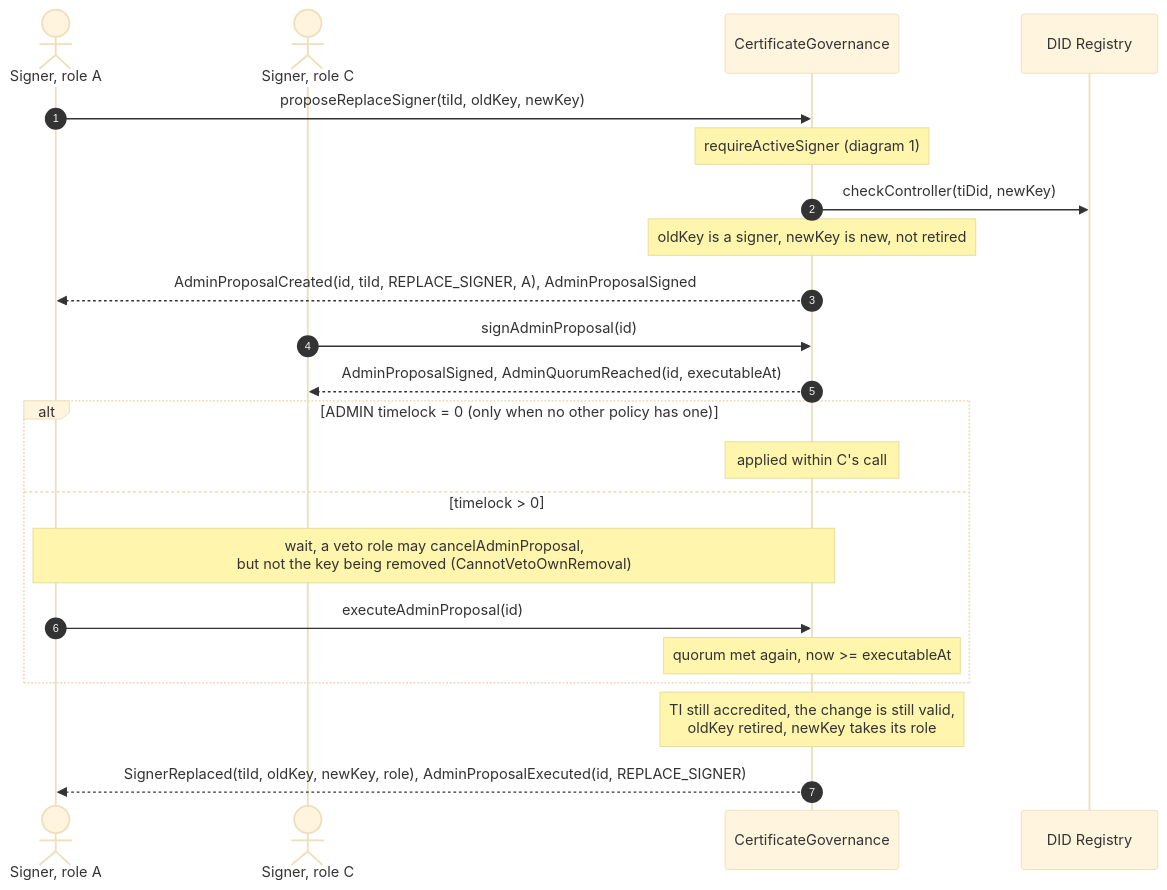
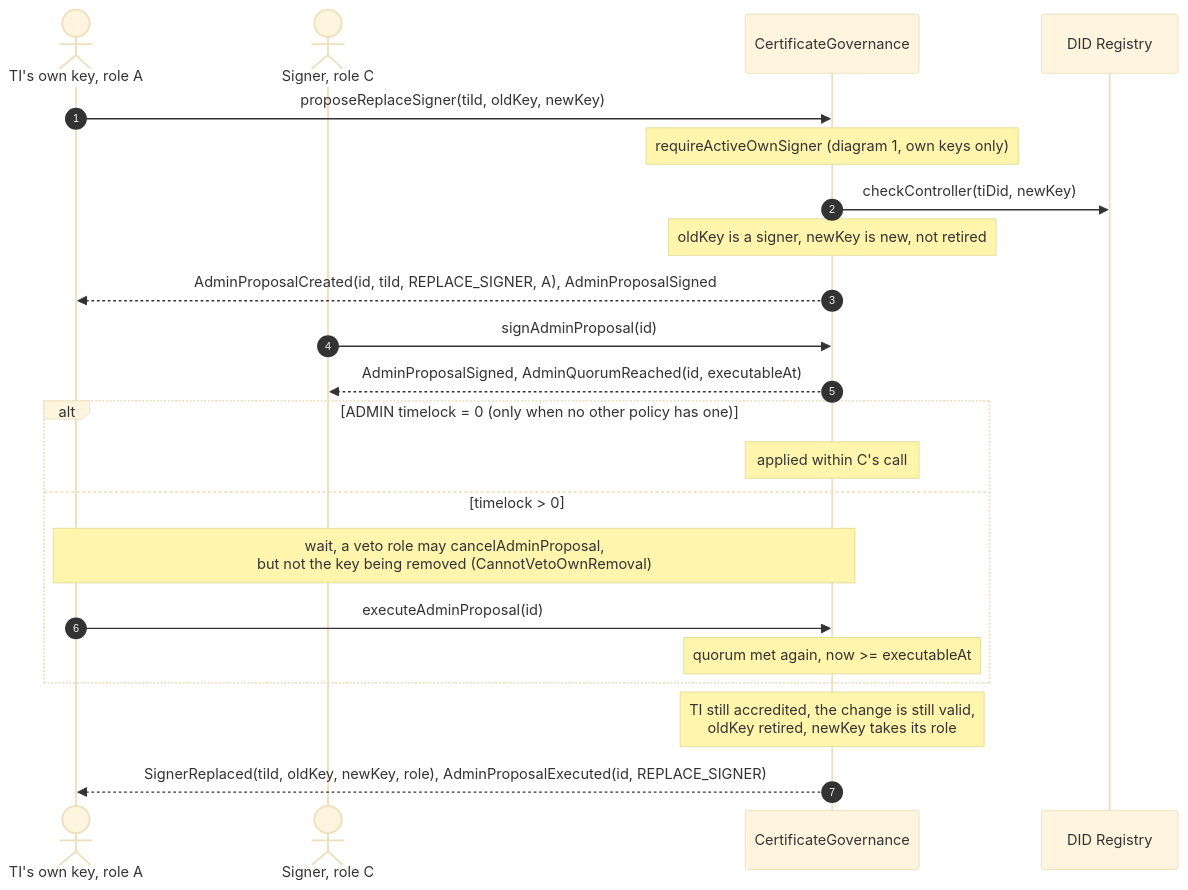
The seventh of 9 diagrams in contracts/docs/sequence-diagrams.md (fiit-ba/ebsi-licences-for-cybersecurity-managers), drawn with Mermaid (base theme) before and after one commit. The commit also changed other lines of this file and 23 other files, not shown here.

Commit message:
fix: Let only a TI's own keys propose, register and suspend at once

````diff
--- a/contracts/docs/sequence-diagrams.md
+++ b/contracts/docs/sequence-diagrams.md
@@ -244,27 +251,27 @@
 ```mermaid
 sequenceDiagram
     autonumber
-    actor A as Signer, role A
+    actor A as TI's own key, role A
     actor C as Signer, role C
     participant G as CertificateGovernance
     participant D as DID Registry
 
     A->>G: proposeReplaceSigner(tiId, oldKey, newKey)
-    Note over G: requireActiveSigner (diagram 1)
+    Note over G: requireActiveOwnSigner (diagram 1, own keys only)
     G->>D: checkController(tiDid, newKey)
     Note over G: oldKey is a signer, newKey is new, not retired
     G-->>A: AdminProposalCreated(id, tiId, REPLACE_SIGNER, A), AdminProposalSigned
 
     C->>G: signAdminProposal(id)
     G-->>C: AdminProposalSigned, AdminQuorumReached(id, executableAt)
 
     alt ADMIN timelock = 0 (only when no other policy has one)
         Note over G: applied within C's call
     else timelock > 0
         Note over A,G: wait, a veto role may cancelAdminProposal,<br/>but not the key being removed (CannotVetoOwnRemoval)
         A->>G: executeAdminProposal(id)
         Note over G: quorum met again, now >= executableAt
     end
     Note over G: TI still accredited, the change is still valid,<br/>oldKey retired, newKey takes its role
     G-->>A: SignerReplaced(tiId, oldKey, newKey, role), AdminProposalExecuted(id, REPLACE_SIGNER)
 ```
````
